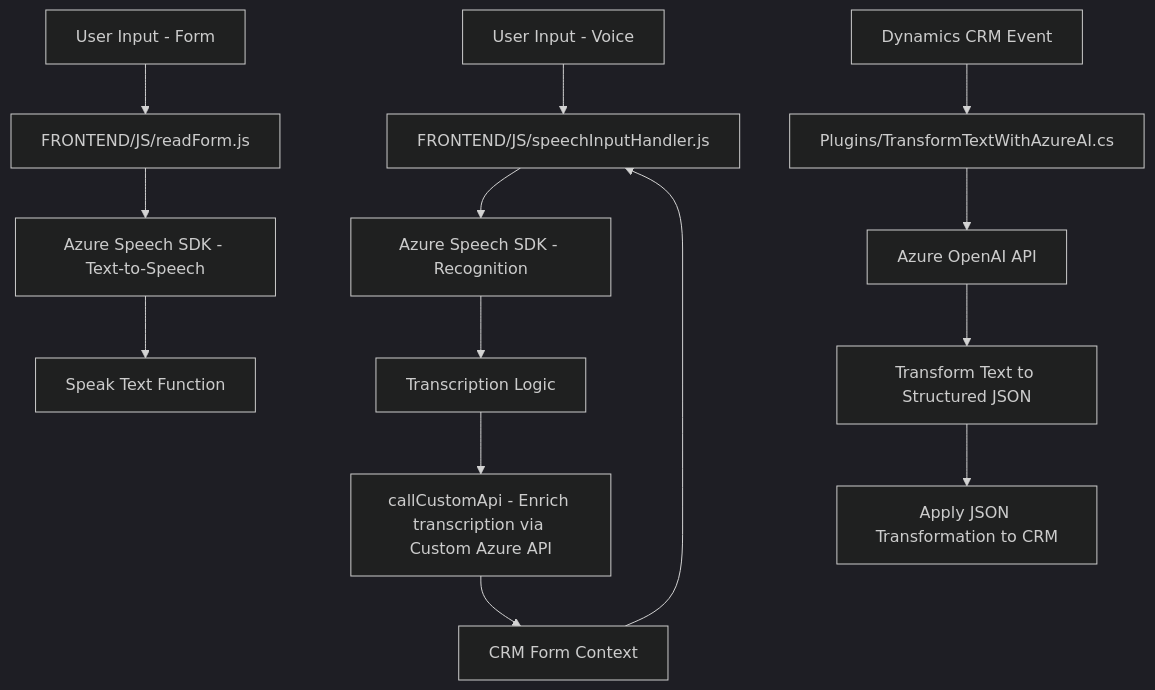
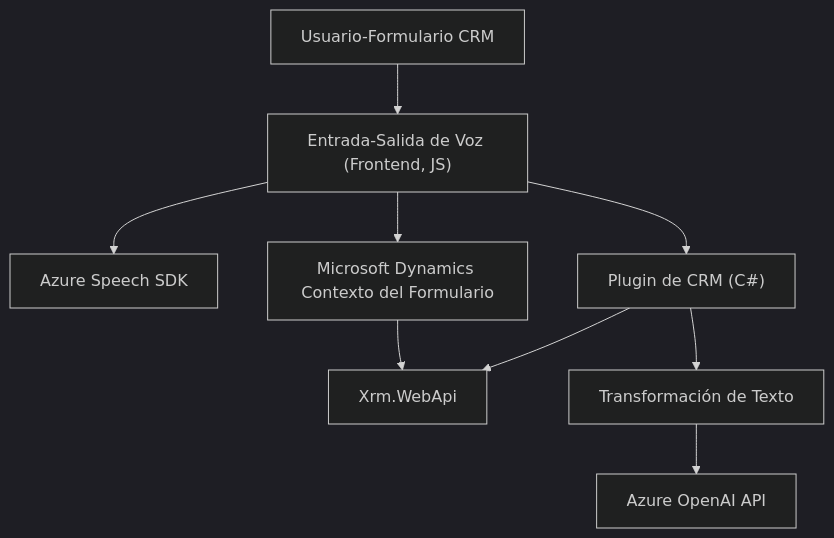
One commit to blopezdm/NETCORE_BILBAO2025 changed the diagram in README.md. Above: the diagram before and after it, drawn with Mermaid (dark theme). The commit also changed other lines of this file, not shown here.

````diff
--- a/README.md
+++ b/README.md
@@ -62,18 +60,11 @@
 ```mermaid
 graph TD
-    A["User Input - Voice"] --> B["FRONTEND/JS/speechInputHandler.js"]
-    B --> C["Azure Speech SDK - Recognition"]
-    C --> D["Transcription Logic"]
-    D --> E["callCustomApi - Enrich transcription via Custom Azure API"]
-    E --> F["CRM Form Context"]
-    F --> B
-
-    A2["User Input - Form"] --> G["FRONTEND/JS/readForm.js"]
-    G --> H["Azure Speech SDK - Text-to-Speech"]
-    H --> I["Speak Text Function"]
-
-    Z["Dynamics CRM Event"] --> J["Plugins/TransformTextWithAzureAI.cs"]
-    J --> K["Azure OpenAI API"]
-    K --> L["Transform Text to Structured JSON"]
-    L --> M["Apply JSON Transformation to CRM"]
+    A["Usuario-Formulario CRM"] --> B["Entrada-Salida de Voz (Frontend, JS)"]
+    B --> C["Azure Speech SDK"]
+    B --> D["Microsoft Dynamics Contexto del Formulario"]
+    D --> K["Xrm.WebApi"]
+    F["Plugin de CRM (C#)"] --> H["Transformación de Texto"]
+    H --> J["Azure OpenAI API"]
+    F --> K
+    B --> F
 ```
````
